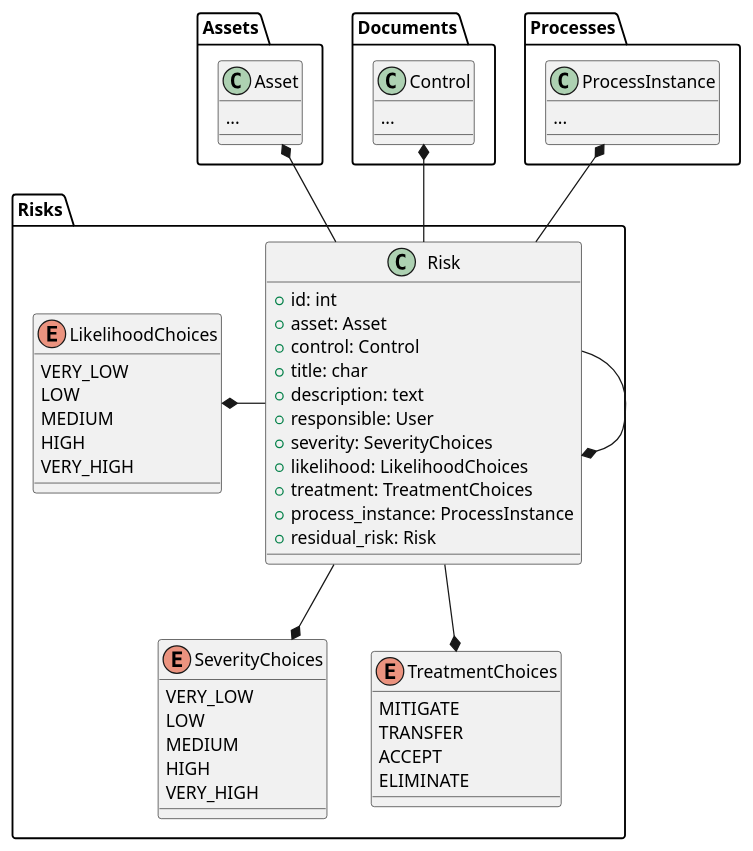
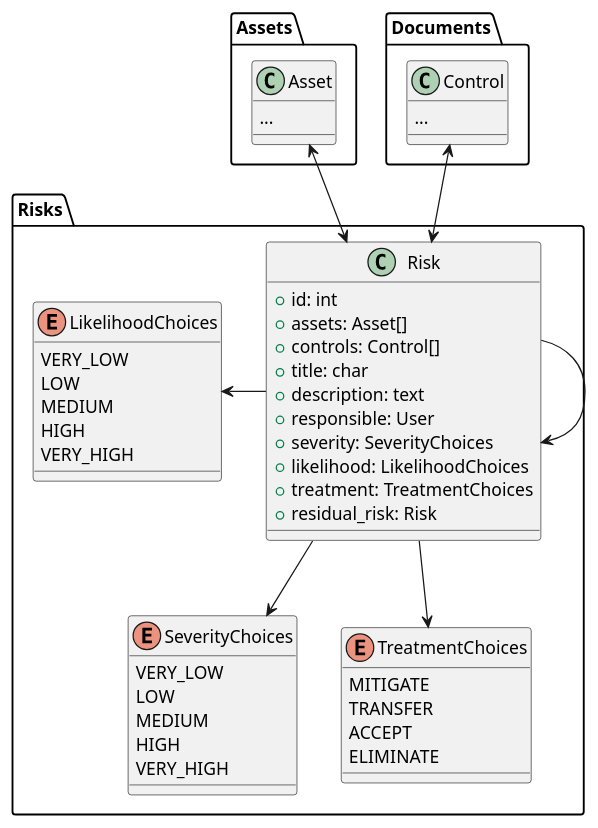
One commit to Gabo-araya/sgsi_ext changed the third of 4 diagrams in docs/rfc/InitialModellingRFC.md. Above: the diagram before and after it, drawn with PlantUML. The commit also changed other lines of this file, not shown here.

````diff
--- a/docs/rfc/InitialModellingRFC.md
+++ b/docs/rfc/InitialModellingRFC.md
@@ -127,57 +124,51 @@
 ```plantuml
 package Risks {
     class Risk {
         + id: int
-        + asset: Asset
-        + control: Control
+        + assets: Asset[]
+        + controls: Control[]
         + title: char
         + description: text
         + responsible: User
         + severity: SeverityChoices
         + likelihood: LikelihoodChoices
         + treatment: TreatmentChoices
-        + process_instance: ProcessInstance
         + residual_risk: Risk
     }
     enum LikelihoodChoices {
         VERY_LOW
         LOW
         MEDIUM
         HIGH
         VERY_HIGH
     }
     enum SeverityChoices {
         VERY_LOW
         LOW
         MEDIUM
         HIGH
         VERY_HIGH
     }
     enum TreatmentChoices {
         MITIGATE
         TRANSFER
         ACCEPT
         ELIMINATE
     }
 }
 
 class Assets.Asset {
     ...
 }
 
 class Documents.Control {
     ...
 }
 
-class Processes.ProcessInstance {
-    ...
-}
-
-Risks.Risk -up-* Assets.Asset
-Risks.Risk -up-* Documents.Control
-Risks.Risk -up-* Processes.ProcessInstance
-Risks.Risk -left* Risks.LikelihoodChoices
-Risks.Risk --* Risks.TreatmentChoices
-Risks.Risk --* Risks.SeverityChoices
-Risks.Risk -* Risks.Risk
+Risks.Risk <-up-> Assets.Asset
+Risks.Risk <-up-> Documents.Control
+Risks.Risk -left> Risks.LikelihoodChoices
+Risks.Risk --> Risks.TreatmentChoices
+Risks.Risk --> Risks.SeverityChoices
+Risks.Risk -> Risks.Risk
 ```
````
